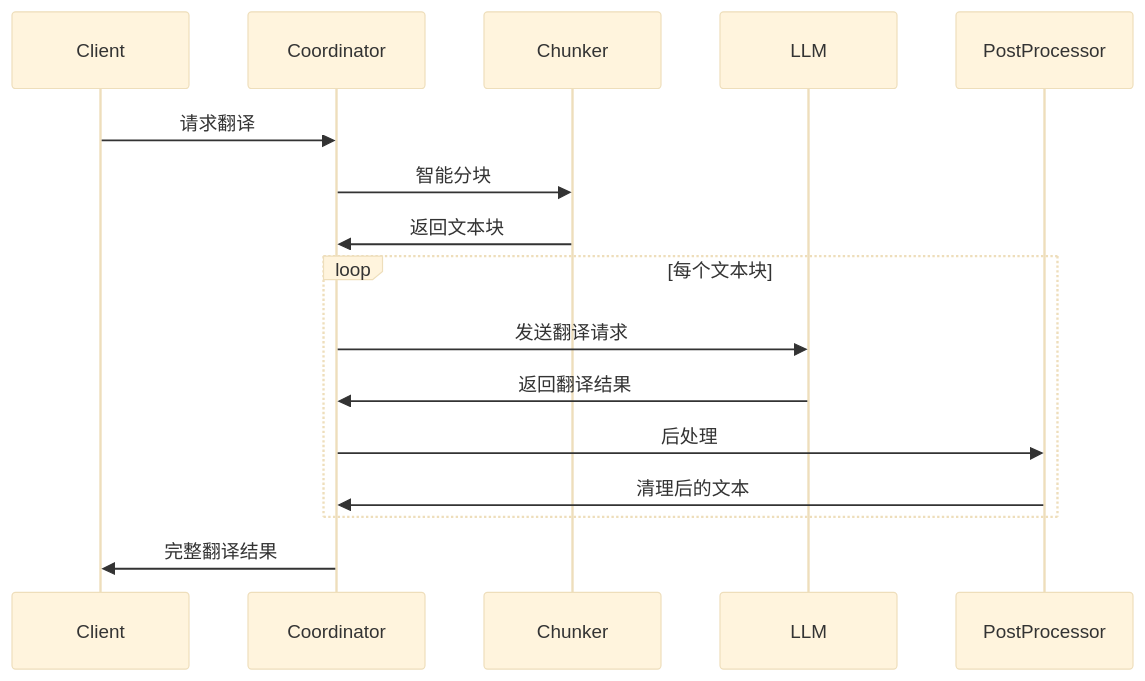
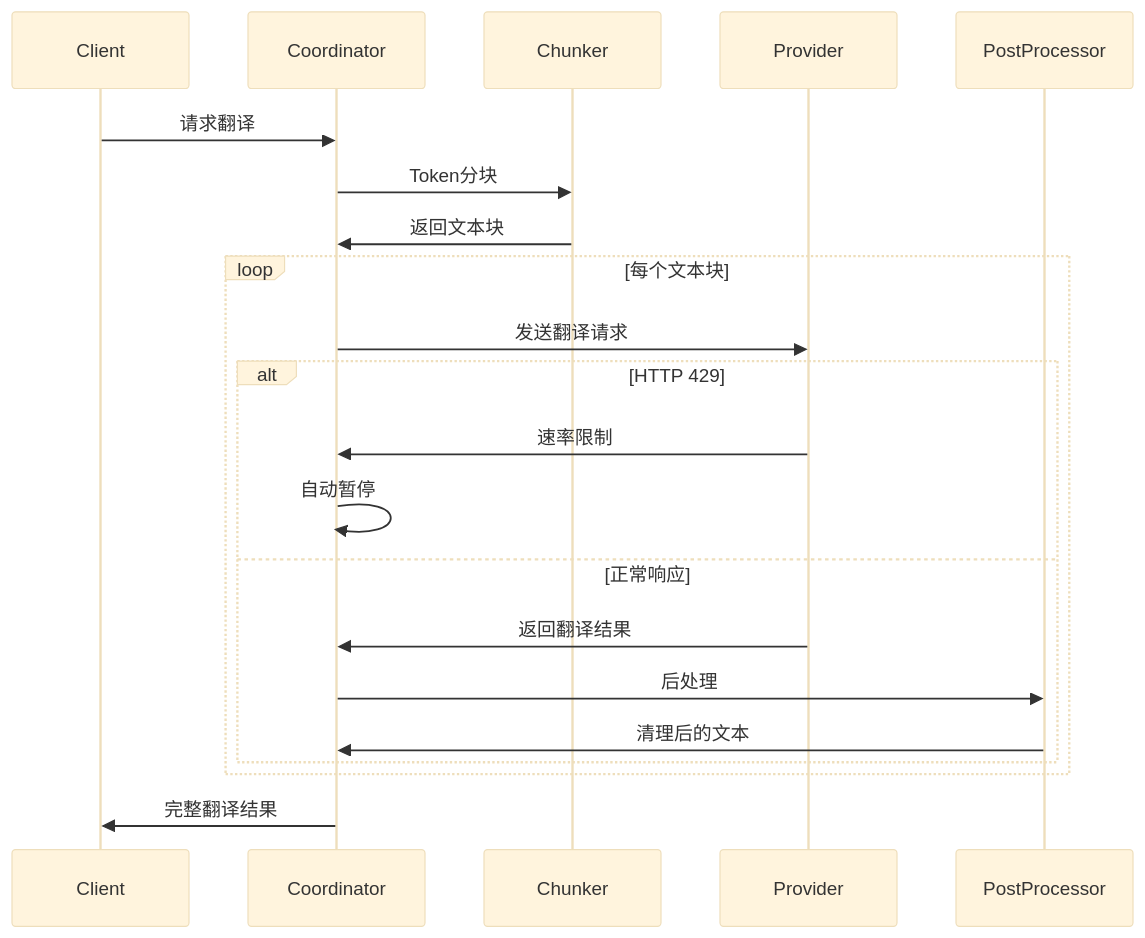
Before and after one commit to afanty2021/TranslateBookWithLLM: the first of 2 diagrams in src/core/CLAUDE.md, drawn with Mermaid (base theme). The commit also changed other lines of this file and 1 other file, not shown here.

First line of the commit message:
docs: update CLAUDE.md to reflect major architecture refactoring

````diff
--- a/src/core/CLAUDE.md
+++ b/src/core/CLAUDE.md
@@ -124,19 +305,24 @@
 ```mermaid
 sequenceDiagram
     participant Client
     participant Coordinator
     participant Chunker
-    participant LLM
+    participant Provider
     participant PostProcessor
 
     Client->>Coordinator: 请求翻译
-    Coordinator->>Chunker: 智能分块
+    Coordinator->>Chunker: Token分块
     Chunker->>Coordinator: 返回文本块
     loop 每个文本块
-        Coordinator->>LLM: 发送翻译请求
-        LLM->>Coordinator: 返回翻译结果
-        Coordinator->>PostProcessor: 后处理
-        PostProcessor->>Coordinator: 清理后的文本
+        Coordinator->>Provider: 发送翻译请求
+        alt HTTP 429
+            Provider->>Coordinator: 速率限制
+            Coordinator->>Coordinator: 自动暂停
+        else 正常响应
+            Provider->>Coordinator: 返回翻译结果
+            Coordinator->>PostProcessor: 后处理
+            PostProcessor->>Coordinator: 清理后的文本
+        end
     end
     Coordinator->>Client: 完整翻译结果
 ```
````
